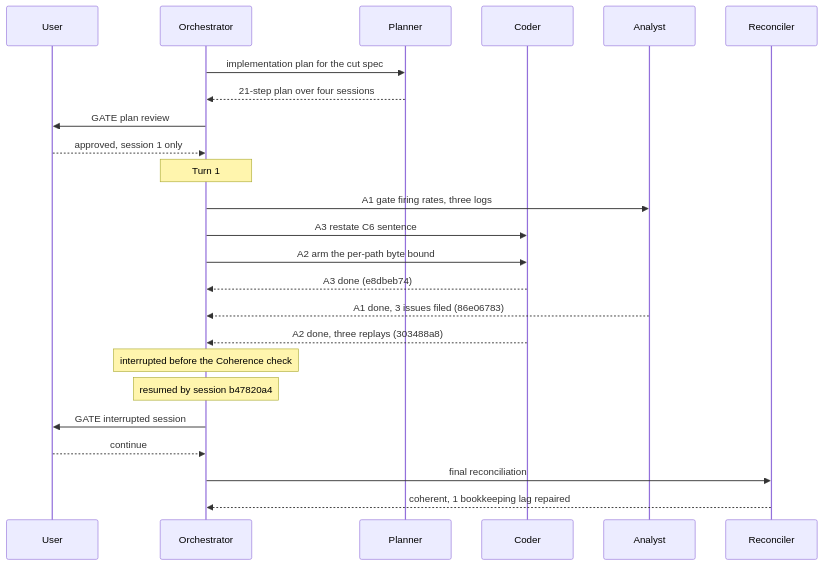
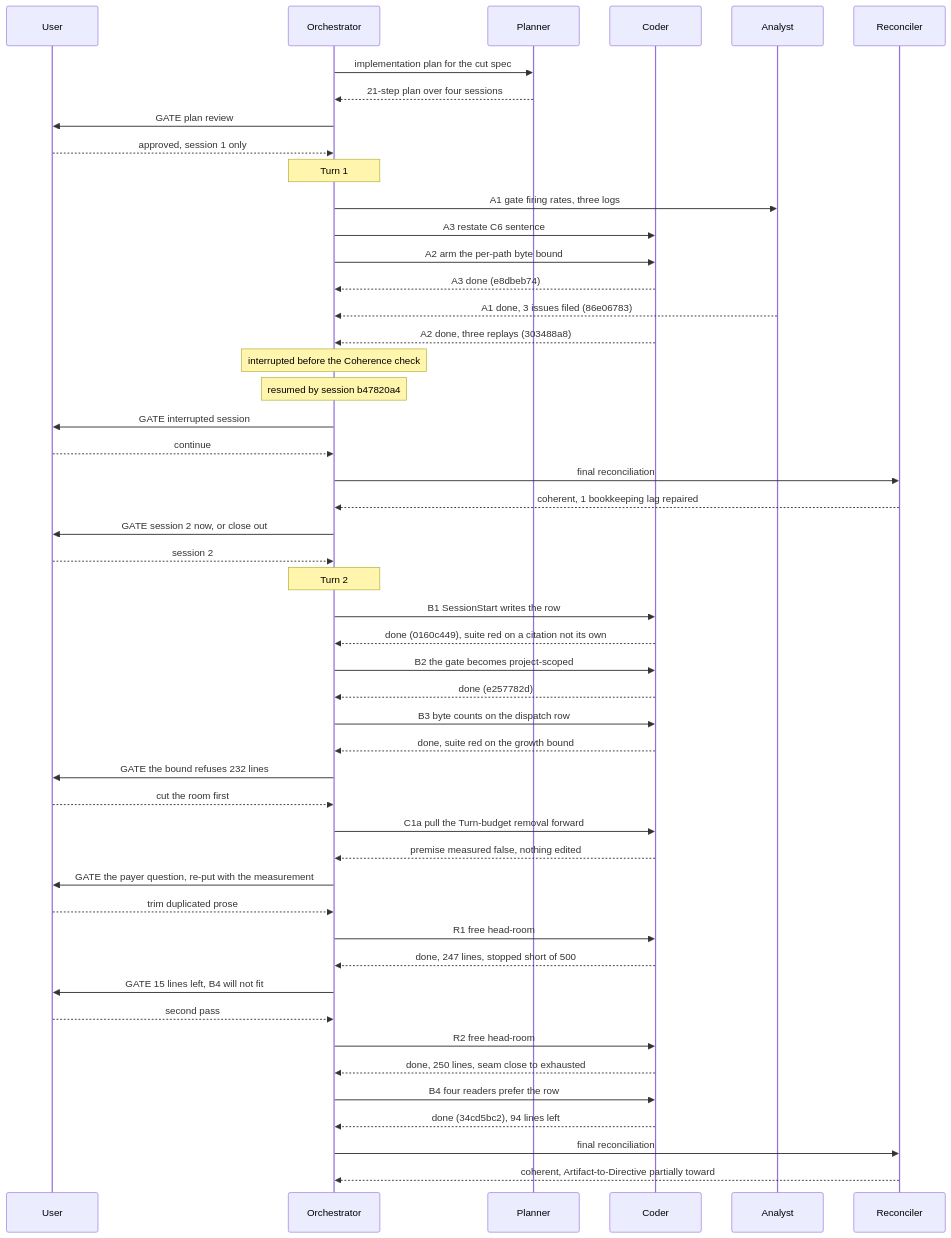
The diagram in fusion-workbench/shared/history/260909-1331-orchestrator-session.md (tenzoki/fusion), drawn with Mermaid before and after one commit. The commit also changed other lines of this file and 8 other files, not shown here.

First line of the commit message:
chore(session): session 2 reconciled and closed, with what the plan did not budget for on record

````diff
--- a/fusion-workbench/shared/history/260909-1331-orchestrator-session.md
+++ b/fusion-workbench/shared/history/260909-1331-orchestrator-session.md
@@ -136,29 +165,55 @@
 ```mermaid
 sequenceDiagram
     participant U as User
     participant O as Orchestrator
     participant P as Planner
     participant C as Coder
     participant A as Analyst
     participant R as Reconciler
 
     O->>P: implementation plan for the cut spec
     P-->>O: 21-step plan over four sessions
     O->>U: GATE plan review
     U-->>O: approved, session 1 only
 
     Note over O: Turn 1
     O->>A: A1 gate firing rates, three logs
     O->>C: A3 restate C6 sentence
     O->>C: A2 arm the per-path byte bound
     C-->>O: A3 done (e8dbeb74)
     A-->>O: A1 done, 3 issues filed (86e06783)
     C-->>O: A2 done, three replays (303488a8)
     Note over O: interrupted before the Coherence check
 
     Note over O: resumed by session b47820a4
     O->>U: GATE interrupted session
     U-->>O: continue
     O->>R: final reconciliation
     R-->>O: coherent, 1 bookkeeping lag repaired
+    O->>U: GATE session 2 now, or close out
+    U-->>O: session 2
+
+    Note over O: Turn 2
+    O->>C: B1 SessionStart writes the row
+    C-->>O: done (0160c449), suite red on a citation not its own
+    O->>C: B2 the gate becomes project-scoped
+    C-->>O: done (e257782d)
+    O->>C: B3 byte counts on the dispatch row
+    C-->>O: done, suite red on the growth bound
+    O->>U: GATE the bound refuses 232 lines
+    U-->>O: cut the room first
+    O->>C: C1a pull the Turn-budget removal forward
+    C-->>O: premise measured false, nothing edited
+    O->>U: GATE the payer question, re-put with the measurement
+    U-->>O: trim duplicated prose
+    O->>C: R1 free head-room
+    C-->>O: done, 247 lines, stopped short of 500
+    O->>U: GATE 15 lines left, B4 will not fit
+    U-->>O: second pass
+    O->>C: R2 free head-room
+    C-->>O: done, 250 lines, seam close to exhausted
+    O->>C: B4 four readers prefer the row
+    C-->>O: done (34cd5bc2), 94 lines left
+    O->>R: final reconciliation
+    R-->>O: coherent, Artifact-to-Directive partially toward
 ```
````
